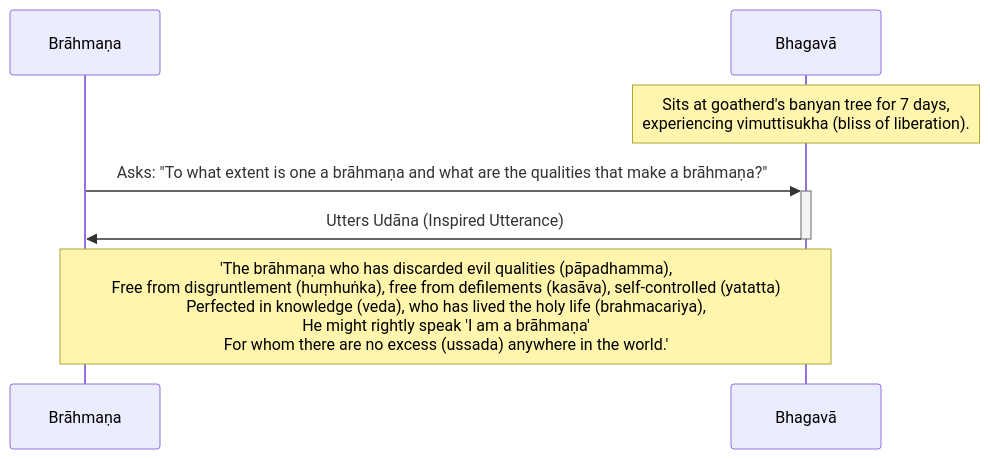
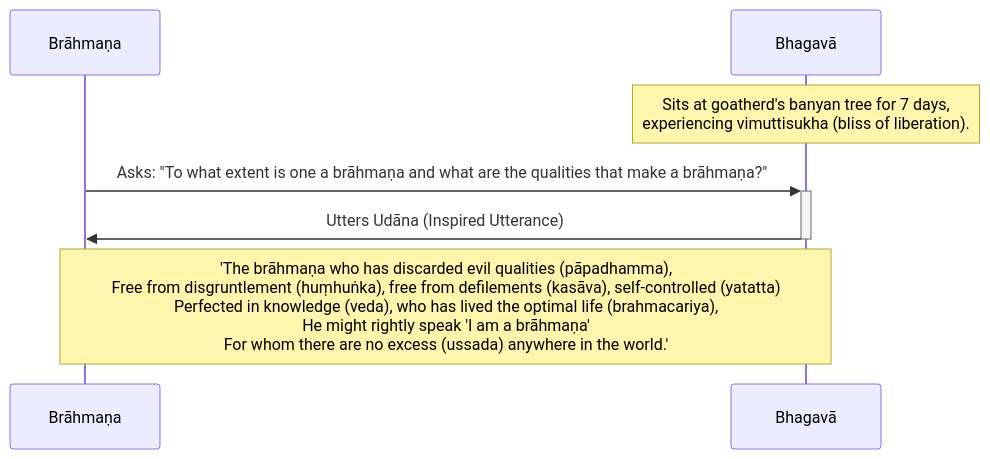
One commit to ChristineTham/tidipa changed the diagram in content/Khandhaka/1.2.md. Above: the diagram before and after it, drawn with Mermaid. The commit also changed other lines of this file and 14 other files, not shown here.

````diff
--- a/content/Khandhaka/1.2.md
+++ b/content/Khandhaka/1.2.md
@@ -50,13 +50,13 @@
 ```mermaid
 sequenceDiagram
     participant Br as Brāhmaṇa
     participant Bg as Bhagavā
 
     Note over Bg: Sits at goatherd's banyan tree for 7 days,<br>experiencing vimuttisukha (bliss of liberation).
 
     Br->>+Bg: Asks: "To what extent is one a brāhmaṇa and what are the qualities that make a brāhmaṇa?"
 
     Bg->>-Br: Utters Udāna (Inspired Utterance)
 
-    Note over Br,Bg: 'The brāhmaṇa who has discarded evil qualities (pāpadhamma), <br>Free from disgruntlement (huṃhuṅka), free from defilements (kasāva), self-controlled (yatatta) <br> Perfected in knowledge (veda), who has lived the holy life (brahmacariya),<br>He might rightly speak 'I am a brāhmaṇa' <br>For whom there are no excess (ussada) anywhere in the world.'
+    Note over Br,Bg: 'The brāhmaṇa who has discarded evil qualities (pāpadhamma), <br>Free from disgruntlement (huṃhuṅka), free from defilements (kasāva), self-controlled (yatatta) <br> Perfected in knowledge (veda), who has lived the optimal life (brahmacariya),<br>He might rightly speak 'I am a brāhmaṇa' <br>For whom there are no excess (ussada) anywhere in the world.'
 ```
````
